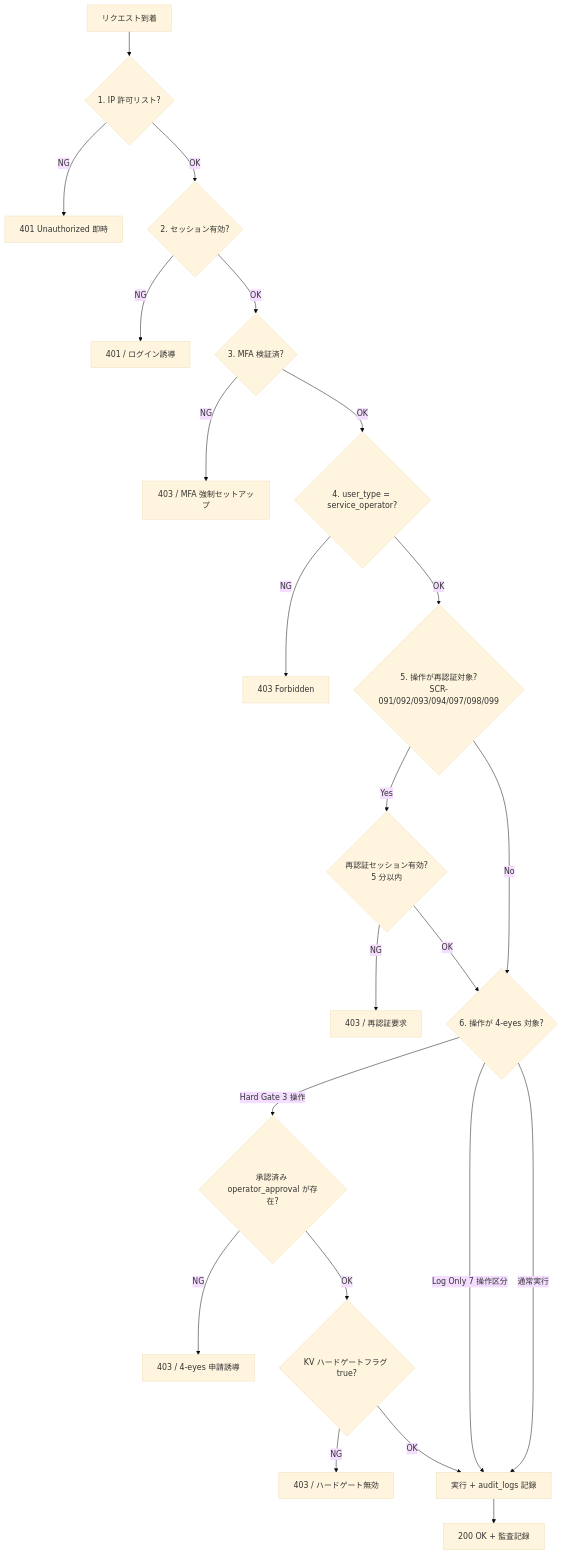
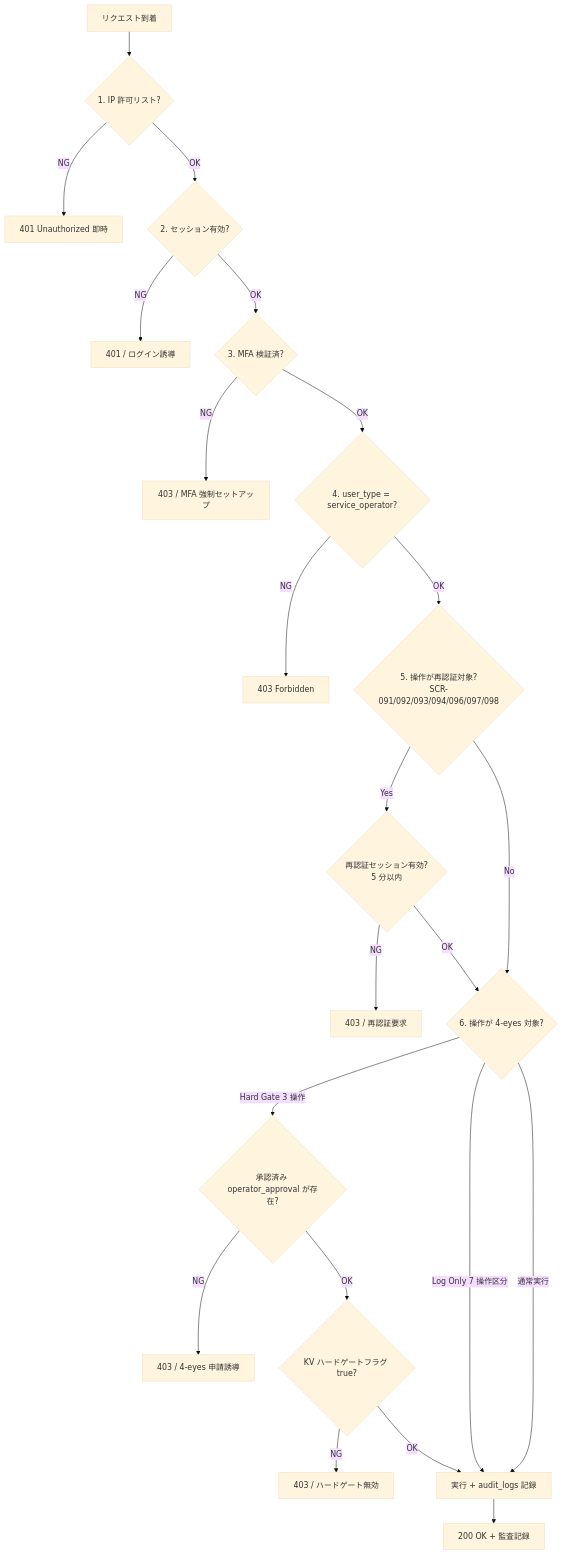
One commit to sikakou54/open-faq changed the first of 2 diagrams in 02_運営者システム/02_基本設計/08_認証・認可設計.md. Above: the diagram before and after it, drawn with Mermaid (base theme). The commit also changed other lines of this file and 118 other files, not shown here.

````diff
--- a/02_運営者システム/02_基本設計/08_認証・認可設計.md
+++ b/02_運営者システム/02_基本設計/08_認証・認可設計.md
@@ -147,24 +147,24 @@
 ```mermaid
 flowchart TD
     A[リクエスト到着] --> B{1. IP 許可リスト?}
     B -->|NG| X1[401 Unauthorized 即時]
     B -->|OK| C{2. セッション有効?}
     C -->|NG| X2[401 / ログイン誘導]
     C -->|OK| D{3. MFA 検証済?}
     D -->|NG| X3[403 / MFA 強制セットアップ]
     D -->|OK| E{4. user_type = service_operator?}
     E -->|NG| X4[403 Forbidden]
-    E -->|OK| F{5. 操作が再認証対象?<br/>SCR-091/092/093/094/097/098/099}
+    E -->|OK| F{5. 操作が再認証対象?<br/>SCR-091/092/093/094/096/097/098}
     F -->|Yes| G{再認証セッション有効?<br/>5 分以内}
     F -->|No| H{6. 操作が 4-eyes 対象?}
     G -->|NG| X5[403 / 再認証要求]
     G -->|OK| H
     H -->|Hard Gate 3 操作| I{承認済み operator_approval が存在?}
     H -->|Log Only 7 操作区分| J[実行 + audit_logs 記録]
     H -->|通常実行| J
     I -->|NG| X6[403 / 4-eyes 申請誘導]
     I -->|OK| K{KV ハードゲートフラグ true?}
     K -->|NG| X7[403 / ハードゲート無効]
     K -->|OK| J
     J --> L[200 OK + 監査記録]
 ```
````
